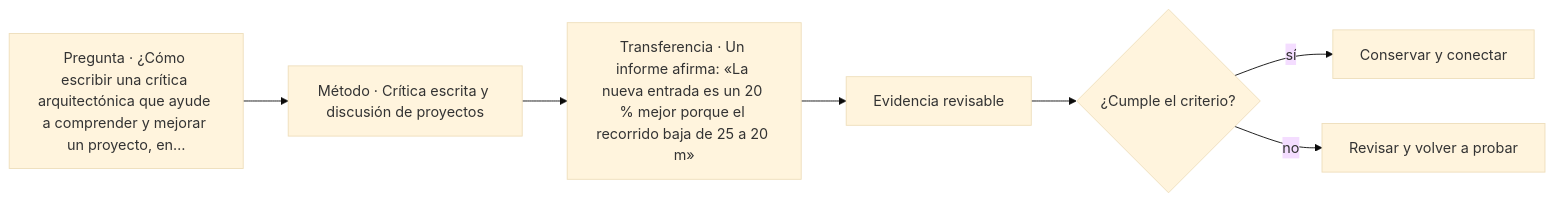
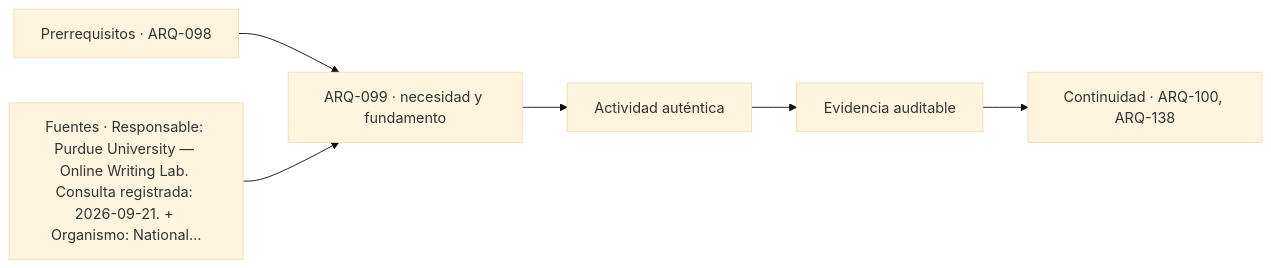
The diagram in classes/parte-10/ARQ-099.md (vladimiracunadev-create/architecture-built-environment-learning-program), drawn with Mermaid (base theme) before and after one commit. The commit also changed other lines of this file and 761 other files, not shown here.

````diff
--- a/classes/parte-10/ARQ-099.md
+++ b/classes/parte-10/ARQ-099.md
@@ -106,9 +118,8 @@
 ```mermaid
 flowchart LR
-    Q["Pregunta · ¿Cómo escribir una crítica arquitectónica que ayude a comprender y mejorar un proyecto, en…"] --> M["Método · Crítica escrita y discusión de proyectos"]
-    M --> P["Transferencia · Un informe afirma: «La nueva entrada es un 20 % mejor porque el recorrido baja de 25 a 20 m»"]
-    P --> E["Evidencia revisable"]
-    E --> C{"¿Cumple el criterio?"}
-    C -->|sí| T["Conservar y conectar"]
-    C -->|no| R["Revisar y volver a probar"]
+    A["Prerrequisitos · ARQ-098"] --> B["ARQ-099 · necesidad y fundamento"]
+    S["Fuentes · Responsable: Purdue University — Online Writing Lab. Consulta registrada: 2026-09-21. + Organismo: National…"] --> B
+    B --> C["Actividad auténtica"]
+    C --> D["Evidencia auditable"]
+    D --> E["Continuidad · ARQ-100, ARQ-138"]
 ```
````
